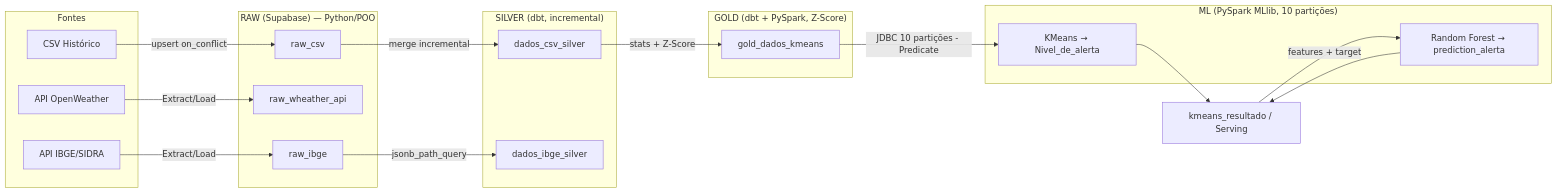
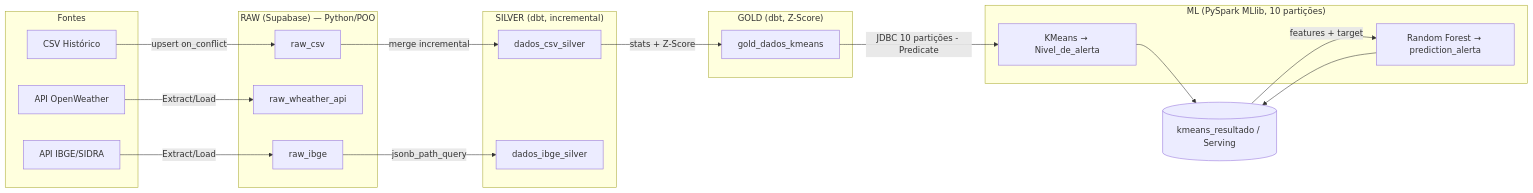
One commit to levi549/meteorologia changed the second of 4 diagrams in README.md. Above: the diagram before and after it, drawn with Mermaid. The commit also changed other lines of this file, not shown here.

````diff
--- a/README.md
+++ b/README.md
@@ -225,44 +283,44 @@
 ```mermaid
 flowchart LR
     subgraph Fontes
         A1[CSV Histórico]
         A2[API OpenWeather]
         A3[API IBGE/SIDRA]
     end
-
+ 
     subgraph RAW["RAW (Supabase) — Python/POO"]
         B1[raw_csv]
         B2[raw_wheather_api]
         B3[raw_ibge]
     end
-
+ 
     subgraph SILVER["SILVER (dbt, incremental)"]
         C1[dados_csv_silver]
         C2[dados_ibge_silver]
     end
-
-    subgraph GOLD["GOLD (dbt + PySpark, Z-Score)"]
+ 
+    subgraph GOLD["GOLD (dbt, Z-Score)"]
         D1[gold_dados_kmeans]
     end
-
+ 
     subgraph ML["ML (PySpark MLlib, 10 partições)"]
         E1[KMeans → Nivel_de_alerta]
         E2[Random Forest → prediction_alerta]
     end
-
-    F[kmeans_resultado / Serving]
-
+ 
+    F[(kmeans_resultado / Serving)]
+ 
     A1 -->|upsert on_conflict| B1
     A2 -->|Extract/Load| B2
     A3 -->|Extract/Load| B3
-
+ 
     B1 -->|merge incremental| C1
     B3 -->|jsonb_path_query| C2
-
+ 
     C1 -->|stats + Z-Score| D1
-
+ 
     D1 -->|JDBC 10 partições - Predicate| E1
     E1 --> F
     F -->|features + target| E2
     E2 --> F
 ```
````
